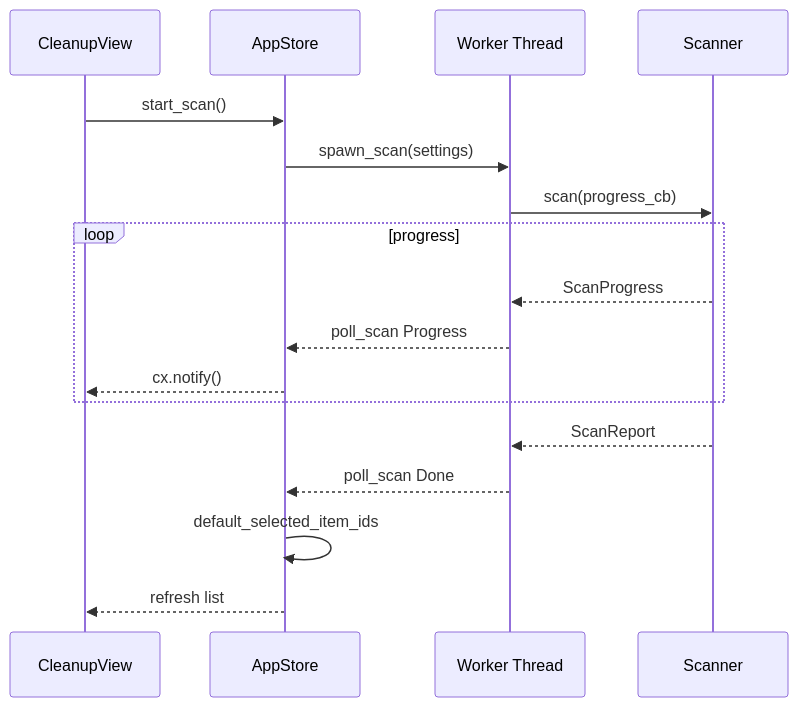
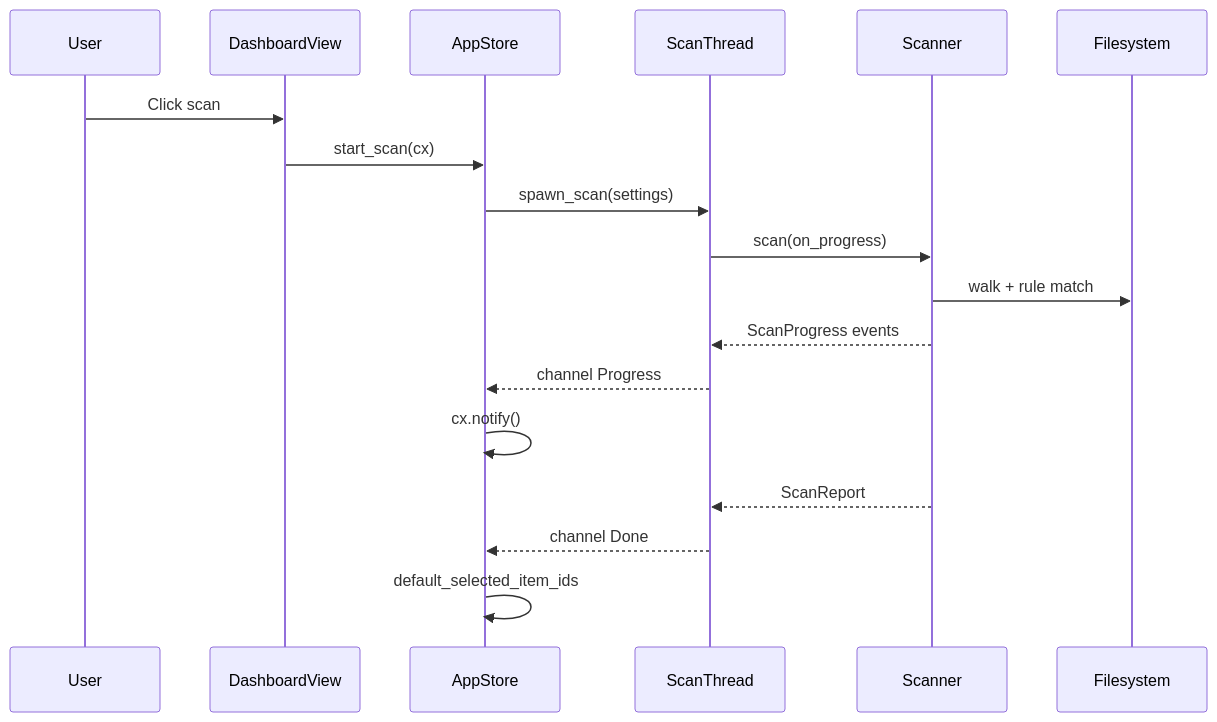
The fifth of 6 diagrams in .terrain/human/2.Architecture.md (sopaco/CLV3000-Plus), drawn with Mermaid before and after one commit. The commit also changed other lines of this file and 14 other files, not shown here.

````diff
--- a/.terrain/human/2.Architecture.md
+++ b/.terrain/human/2.Architecture.md
@@ -154,20 +156,21 @@
 ```mermaid
 sequenceDiagram
-    participant V as CleanupView
-    participant S as AppStore
-    participant W as Worker Thread
-    participant Sc as Scanner
+    participant User
+    participant Dashboard as DashboardView
+    participant Store as AppStore
+    participant Worker as ScanThread
+    participant Scanner
+    participant Disk as Filesystem
 
-    V->>S: start_scan()
-    S->>W: spawn_scan(settings)
-    W->>Sc: scan(progress_cb)
-    loop progress
-        Sc-->>W: ScanProgress
-        W-->>S: poll_scan Progress
-        S-->>V: cx.notify()
-    end
-    Sc-->>W: ScanReport
-    W-->>S: poll_scan Done
-    S->>S: default_selected_item_ids
-    S-->>V: refresh list
+    User->>Dashboard: Click scan
+    Dashboard->>Store: start_scan(cx)
+    Store->>Worker: spawn_scan(settings)
+    Worker->>Scanner: scan(on_progress)
+    Scanner->>Disk: walk + rule match
+    Scanner-->>Worker: ScanProgress events
+    Worker-->>Store: channel Progress
+    Store->>Store: cx.notify()
+    Scanner-->>Worker: ScanReport
+    Worker-->>Store: channel Done
+    Store->>Store: default_selected_item_ids
 ```
````
